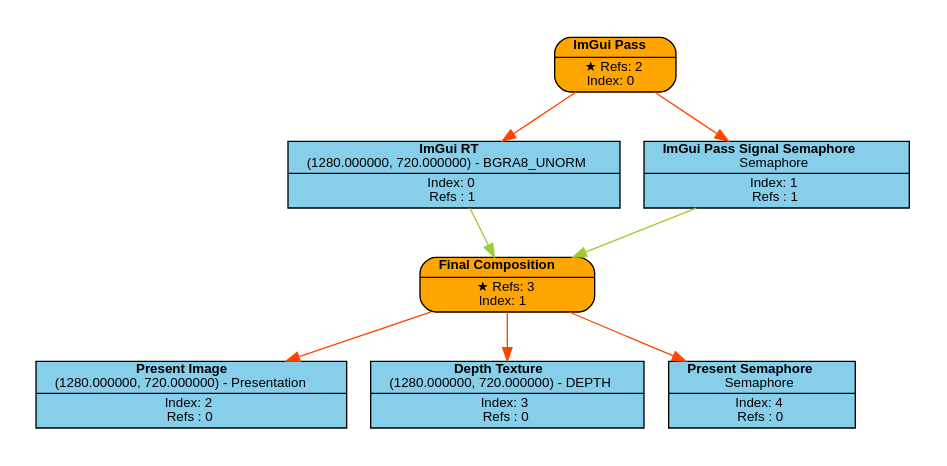
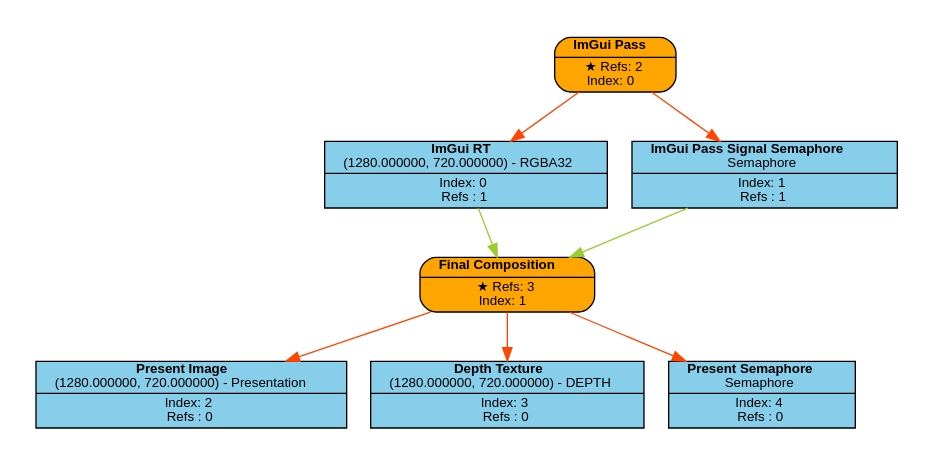
The diagram in Engine/content/FrameGraphs/frame_graph_test.dot (Pikachuxxxx/Razix), drawn with Graphviz before and after one commit. The commit also changed 14 other files, not shown here.

Commit message:
[Graphics] Added transient resource allocator to Frame Graph resources for caching;

```diff
--- a/Engine/content/FrameGraphs/frame_graph_test.dot
+++ b/Engine/content/FrameGraphs/frame_graph_test.dot
@@ -1,35 +1,35 @@
 digraph FrameGraph {
 graph [style=invis, rankdir="TB" ordering=out, splines=spline]
 node [shape=record, fontname="helvetica", fontsize=10, margin="0.2,0.03"]
 
 P0 [label=<{ {<B>ImGui Pass</B>} | {&#x2605; Refs: 2<BR/> Index: 0} }> style="rounded,filled", fillcolor=orange]
 P1 [label=<{ {<B>Final Composition</B>} | {&#x2605; Refs: 3<BR/> Index: 1} }> style="rounded,filled", fillcolor=orange]
 
-R0_1 [label=<{ {<B>ImGui RT</B><BR/>(1280.000000, 720.000000) - BGRA8_UNORM} | {Index: 0<BR/>Refs : 1} }> style=filled, fillcolor=skyblue]
+R0_1 [label=<{ {<B>ImGui RT</B><BR/>(1280.000000, 720.000000) - RGBA32} | {Index: 0<BR/>Refs : 1} }> style=filled, fillcolor=skyblue]
 R1_1 [label=<{ {<B>ImGui Pass Signal Semaphore</B><BR/>Semaphore} | {Index: 1<BR/>Refs : 1} }> style=filled, fillcolor=skyblue]
 R2_1 [label=<{ {<B>Present Image</B><BR/>(1280.000000, 720.000000) - Presentation} | {Index: 2<BR/>Refs : 0} }> style=filled, fillcolor=skyblue]
 R3_1 [label=<{ {<B>Depth Texture</B><BR/>(1280.000000, 720.000000) - DEPTH} | {Index: 3<BR/>Refs : 0} }> style=filled, fillcolor=skyblue]
 R4_1 [label=<{ {<B>Present Semaphore</B><BR/>Semaphore} | {Index: 4<BR/>Refs : 0} }> style=filled, fillcolor=skyblue]
 
 P0 -> { R0_1 R1_1 } [color=orangered]
 P1 -> { R2_1 R3_1 R4_1 } [color=orangered]
 
 R0_1 -> { P1 } [color=olivedrab3]
 R1_1 -> { P1 } [color=olivedrab3]
 R2_1 -> { } [color=olivedrab3]
 R3_1 -> { } [color=olivedrab3]
 R4_1 -> { } [color=olivedrab3]
 
 subgraph cluster_0 {
 P0 R0_1 R1_1 
 }
 subgraph cluster_1 {
 P1 R2_1 R3_1 R4_1 
 }
 
 subgraph cluster_imported_resources {
 graph [style=dotted, fontname="helvetica", label=< <B>Imported</B> >]
 
 }
 
 }
```
